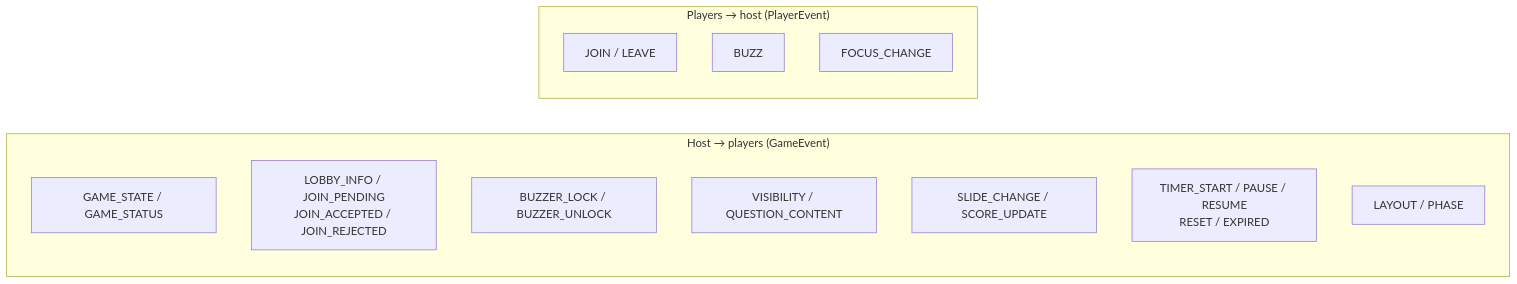
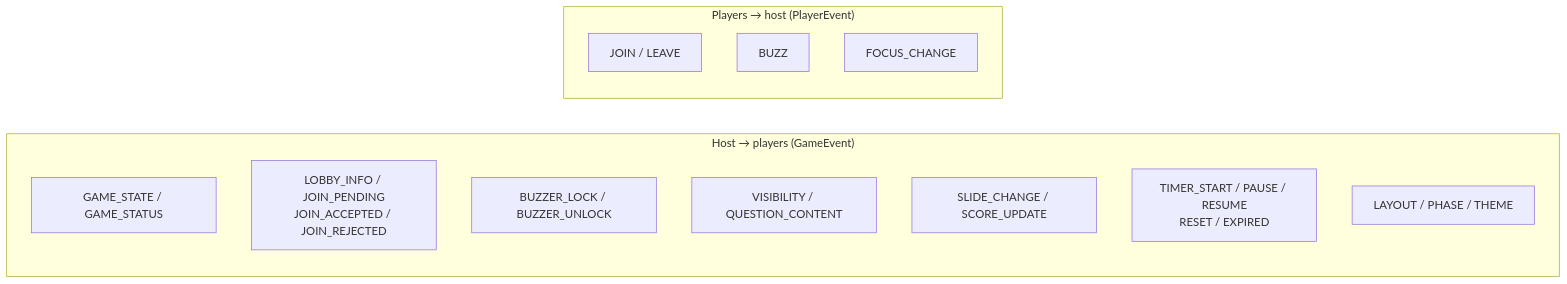
Before and after one commit to morbeo/viktorani: the sixth of 9 diagrams in docs/ARCHITECTURE.md, drawn with Mermaid. The commit also changed other lines of this file and 18 other files, not shown here.

````diff
--- a/docs/ARCHITECTURE.md
+++ b/docs/ARCHITECTURE.md
@@ -316,19 +319,19 @@
 ```mermaid
 flowchart LR
   subgraph GameEvent["Host → players (GameEvent)"]
     direction TB
     g1[GAME_STATE / GAME_STATUS]
     g2[LOBBY_INFO / JOIN_PENDING<br/>JOIN_ACCEPTED / JOIN_REJECTED]
     g3[BUZZER_LOCK / BUZZER_UNLOCK]
     g4[VISIBILITY / QUESTION_CONTENT]
     g5[SLIDE_CHANGE / SCORE_UPDATE]
     g6[TIMER_START / PAUSE / RESUME<br/>RESET / EXPIRED]
-    g7[LAYOUT / PHASE]
+    g7[LAYOUT / PHASE / THEME]
   end
   subgraph PlayerEvent["Players → host (PlayerEvent)"]
     direction TB
     p1[JOIN / LEAVE]
     p2[BUZZ]
     p3[FOCUS_CHANGE]
   end
 ```
````
